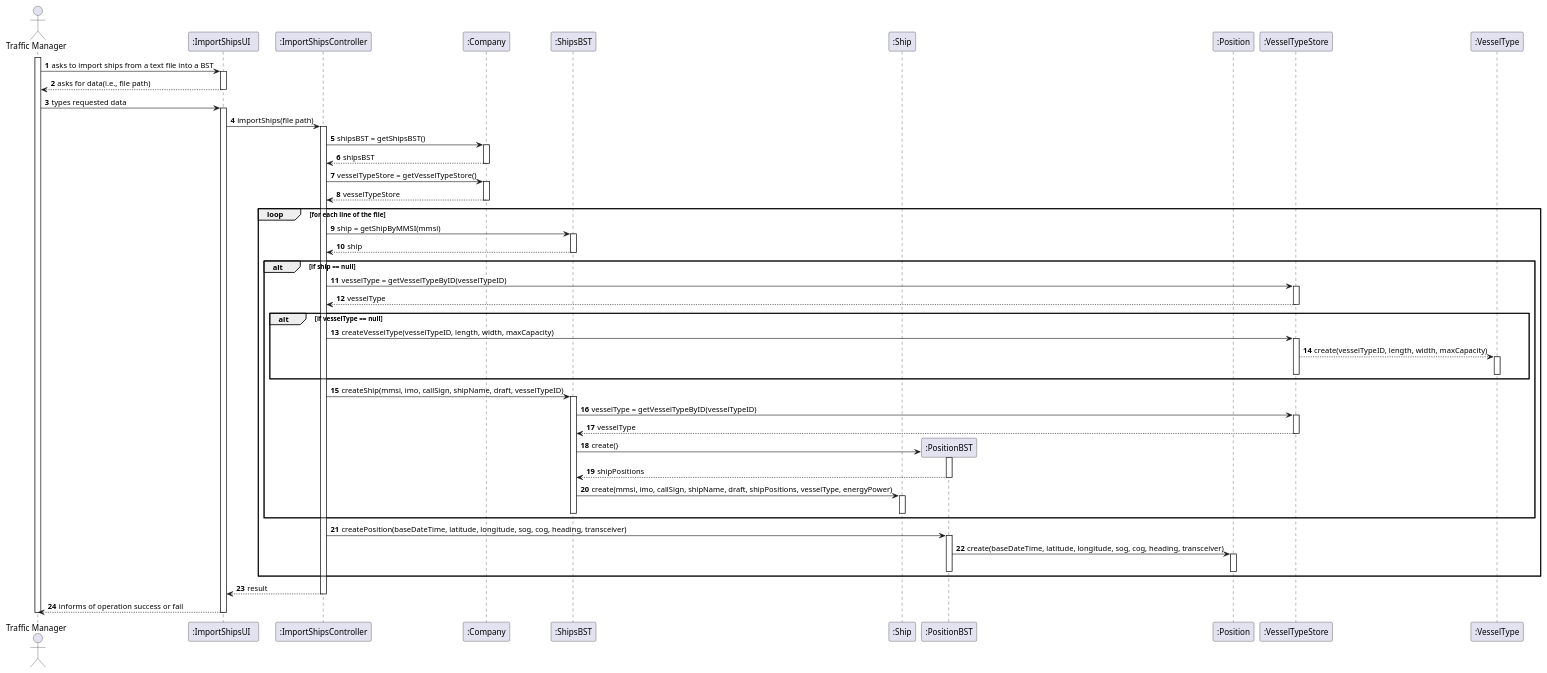
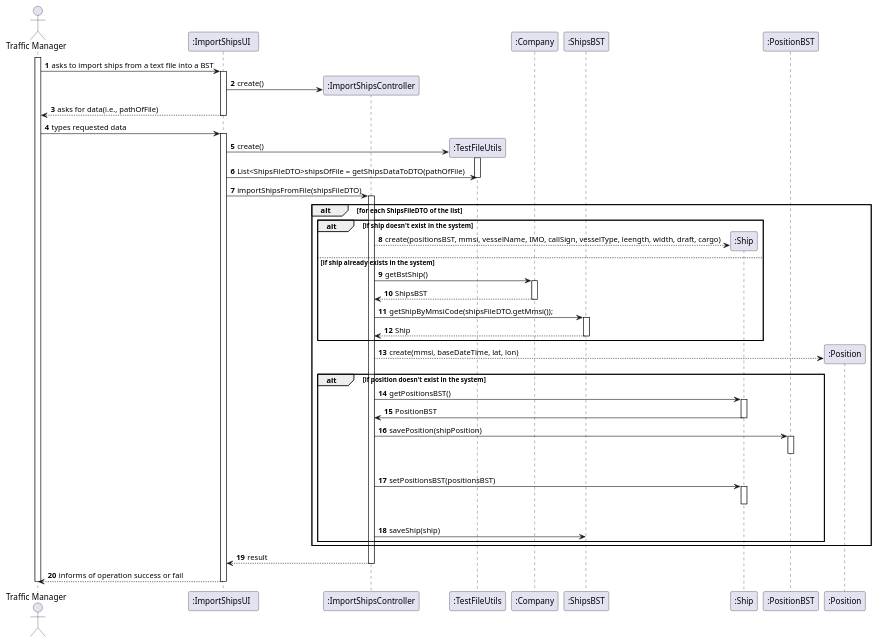
Before and after one commit to ana-albergaria/LAPR3-ISEP: the diagram in docs/US101/US_101_SD.puml, drawn with PlantUML. The commit also changed 5 other files, not shown here.

Commit message:
G54-48 G54-49 #comment corrected the DM and SD diagram and changed some details of the code.

```diff
--- a/docs/US101/US_101_SD.puml
+++ b/docs/US101/US_101_SD.puml
@@ -1,81 +1,64 @@
 @startuml
 autonumber
 'hide footbox
 actor "Traffic Manager" as TM
 participant ":ImportShipsUI  " as UI
 participant ":ImportShipsController" as CTRL
+participant ":TestFileUtils" as TFU
 participant ":Company" as CMP
 participant ":ShipsBST" as SBST
 participant ":Ship" as SHIP
 participant ":PositionBST" as PBST
 participant ":Position" as POS
-participant ":VesselTypeStore" as VTSTR
-participant ":VesselType" as VT
-
-'FALTAM AS VALIDAÇÕES
 
 activate TM
 TM -> UI : asks to import ships from a text file into a BST
 activate UI
-UI --> TM : asks for data(i.e., file path)
+UI -> CTRL** : create()
+UI --> TM : asks for data(i.e., pathOfFile)
 deactivate UI
-
 TM -> UI : types requested data
 activate UI
-UI -> CTRL : importShips(file path)
+UI -> TFU** : create()
+activate TFU
+UI -> TFU : List<ShipsFileDTO>shipsOfFile = getShipsDataToDTO(pathOfFile)
+deactivate TFU
+UI -> CTRL : importShipsFromFile(shipsFileDTO)
 activate CTRL
-CTRL -> CMP : shipsBST = getShipsBST()
+alt for each ShipsFileDTO of the list
+alt if ship doesn't exist in the system
+CTRL --> SHIP** : create(positionsBST, mmsi, vesselName, IMO, callSign, vesselType, leength, width, draft, cargo)
+else if ship already exists in the system
+CTRL -> CMP : getBstShip()
 activate CMP
-CMP --> CTRL : shipsBST
+CMP --> CTRL : ShipsBST
 deactivate CMP
-CTRL -> CMP : vesselTypeStore = getVesselTypeStore()
-activate CMP
-CMP --> CTRL : vesselTypeStore
-deactivate CMP
-loop for each line of the file
-CTRL -> SBST : ship = getShipByMMSI(mmsi)
+CTRL -> SBST : getShipByMmsiCode(shipsFileDTO.getMmsi());
 activate SBST
-SBST --> CTRL : ship
-deactivate SBST
-alt if ship == null
-CTRL -> VTSTR : vesselType = getVesselTypeByID(vesselTypeID)
-activate VTSTR
-VTSTR --> CTRL : vesselType
-deactivate VTSTR
-alt if vesselType == null
-CTRL -> VTSTR : createVesselType(vesselTypeID, length, width, maxCapacity)
-activate VTSTR
-VTSTR --> VT : create(vesselTypeID, length, width, maxCapacity)
-activate VT
-deactivate VT
-deactivate VTSTR
-end
-CTRL -> SBST : createShip(mmsi, imo, callSign, shipName, draft, vesselTypeID)
-activate SBST
-SBST -> VTSTR : vesselType = getVesselTypeByID(vesselTypeID)
-activate VTSTR
-VTSTR --> SBST : vesselType
-deactivate VTSTR
-SBST -> PBST** : create()
-activate PBST
-PBST --> SBST : shipPositions
-deactivate PBST
-SBST -> SHIP : create(mmsi, imo, callSign, shipName, draft, shipPositions, vesselType, energyPower)
-activate SHIP
-deactivate SHIP
+SBST --> CTRL : Ship
 deactivate SBST
 end
-CTRL -> PBST : createPosition(baseDateTime, latitude, longitude, sog, cog, heading, transceiver)
+CTRL --> POS** : create(mmsi, baseDateTime, lat, lon)
+alt if position doesn't exist in the system
+CTRL -> SHIP : getPositionsBST()
+activate SHIP
+SHIP -> CTRL : PositionBST
+deactivate SHIP
+CTRL -> PBST : savePosition(shipPosition)
 activate PBST
-PBST -> POS : create(baseDateTime, latitude, longitude, sog, cog, heading, transceiver)
-activate POS
-deactivate POS
+|||
 deactivate PBST
+CTRL -> SHIP : setPositionsBST(positionsBST)
+activate SHIP
+|||
+deactivate SHIP
+CTRL -> SBST : saveShip(ship)
+end
 end
 CTRL --> UI : result
 deactivate CTRL
 UI --> TM : informs of operation success or fail
 deactivate UI
 deactivate TM
 
 @enduml
```
